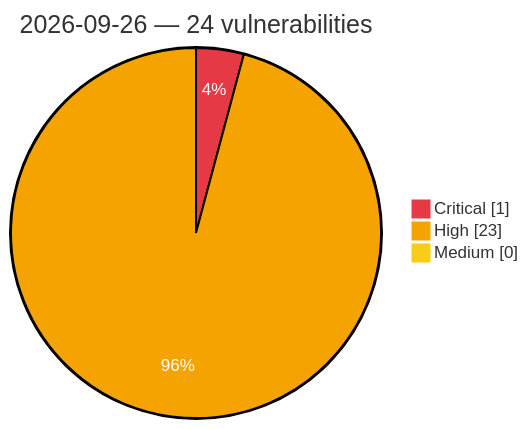
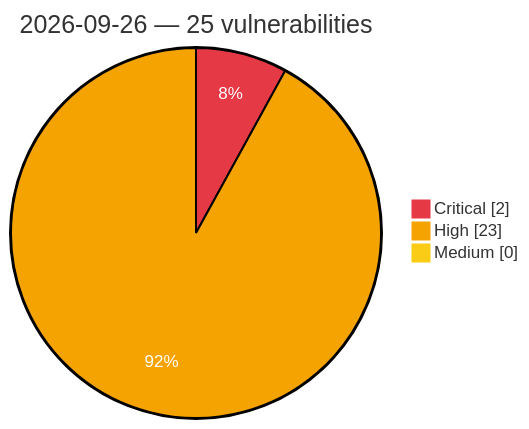
One commit to GhostX0X/vuln-tracker changed the diagram in vulnerabilities/2026/September/2026-09-26.md. Above: the diagram before and after it, drawn with Mermaid. The commit also changed other lines of this file and 5 other files, not shown here.

````diff
--- a/vulnerabilities/2026/September/2026-09-26.md
+++ b/vulnerabilities/2026/September/2026-09-26.md
@@ -3,8 +3,8 @@
 ```mermaid
 %%{init: {'theme':'base', 'themeVariables': {'pie1':'#e63946', 'pie2':'#f4a300', 'pie3':'#facc15', 'pieOpacity':'1', 'pieOuterStrokeWidth':'2px', 'pieSectionTextColor':'#ffffff'}}}%%
 pie showData
-    title 2026-09-26 — 24 vulnerabilities
-    "Critical" : 1
+    title 2026-09-26 — 25 vulnerabilities
+    "Critical" : 2
     "High" : 23
     "Medium" : 0
 ```
````
